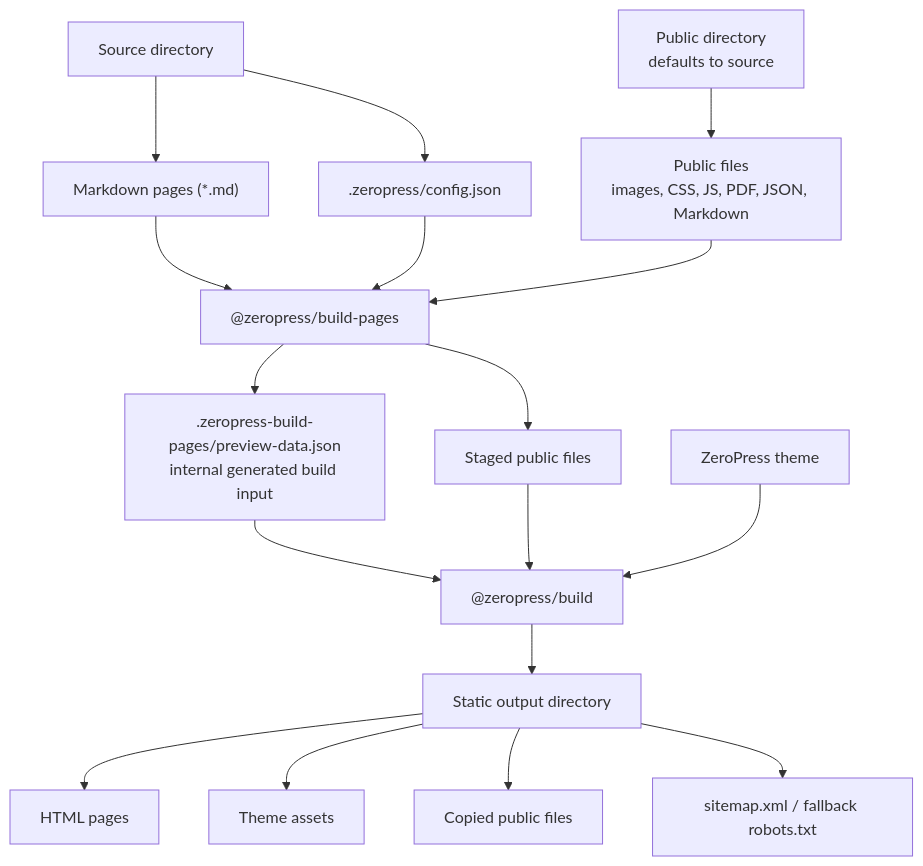
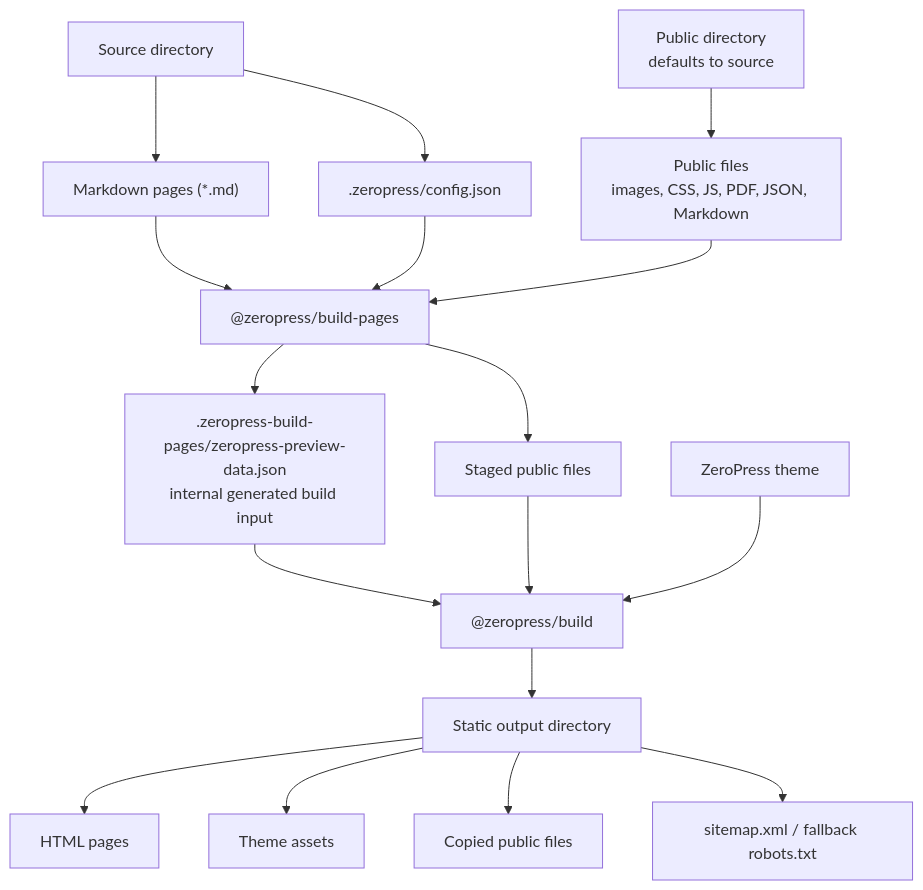
Before and after one commit to zeropress-app/zeropress-build-pages: the diagram in README.md, drawn with Mermaid. The commit also changed other lines of this file and 9 other files, not shown here.

First line of the commit message:
refactor(build-pages): use zeropress-preview-data.json

````diff
--- a/README.md
+++ b/README.md
@@ -39,23 +39,23 @@
 ```mermaid
 flowchart TD
   source["Source directory"] --> markdown["Markdown pages (*.md)"]
   source --> config[".zeropress/config.json"]
   publicRoot["Public directory<br/>defaults to source"] --> publicFiles["Public files<br/>images, CSS, JS, PDF, JSON, Markdown"]
 
   markdown --> buildPages["@zeropress/build-pages"]
   config --> buildPages
   publicFiles --> buildPages
 
-  buildPages --> previewData[".zeropress-build-pages/preview-data.json<br/>internal generated build input"]
+  buildPages --> previewData[".zeropress-build-pages/zeropress-preview-data.json<br/>internal generated build input"]
   buildPages --> stagedPublic["Staged public files"]
 
   previewData --> build["@zeropress/build"]
   stagedPublic --> build
   theme["ZeroPress theme"] --> build
 
   build --> output["Static output directory"]
   output --> html["HTML pages"]
   output --> assets["Theme assets"]
   output --> copied["Copied public files"]
   output --> special["sitemap.xml / fallback robots.txt"]
 ```
````
